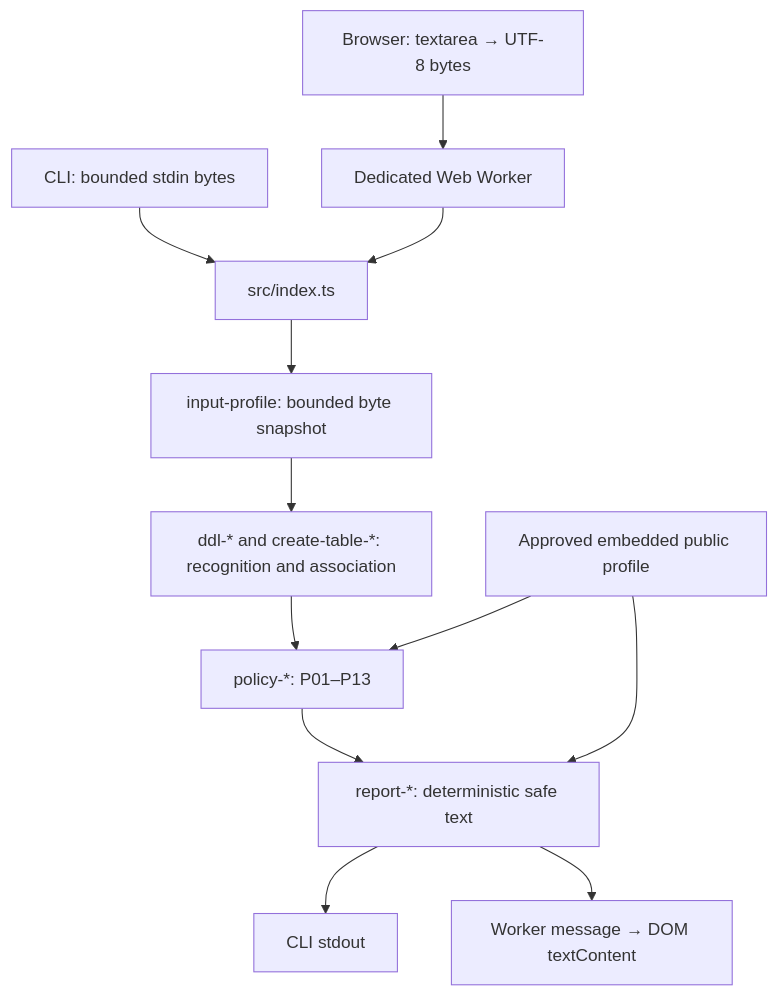
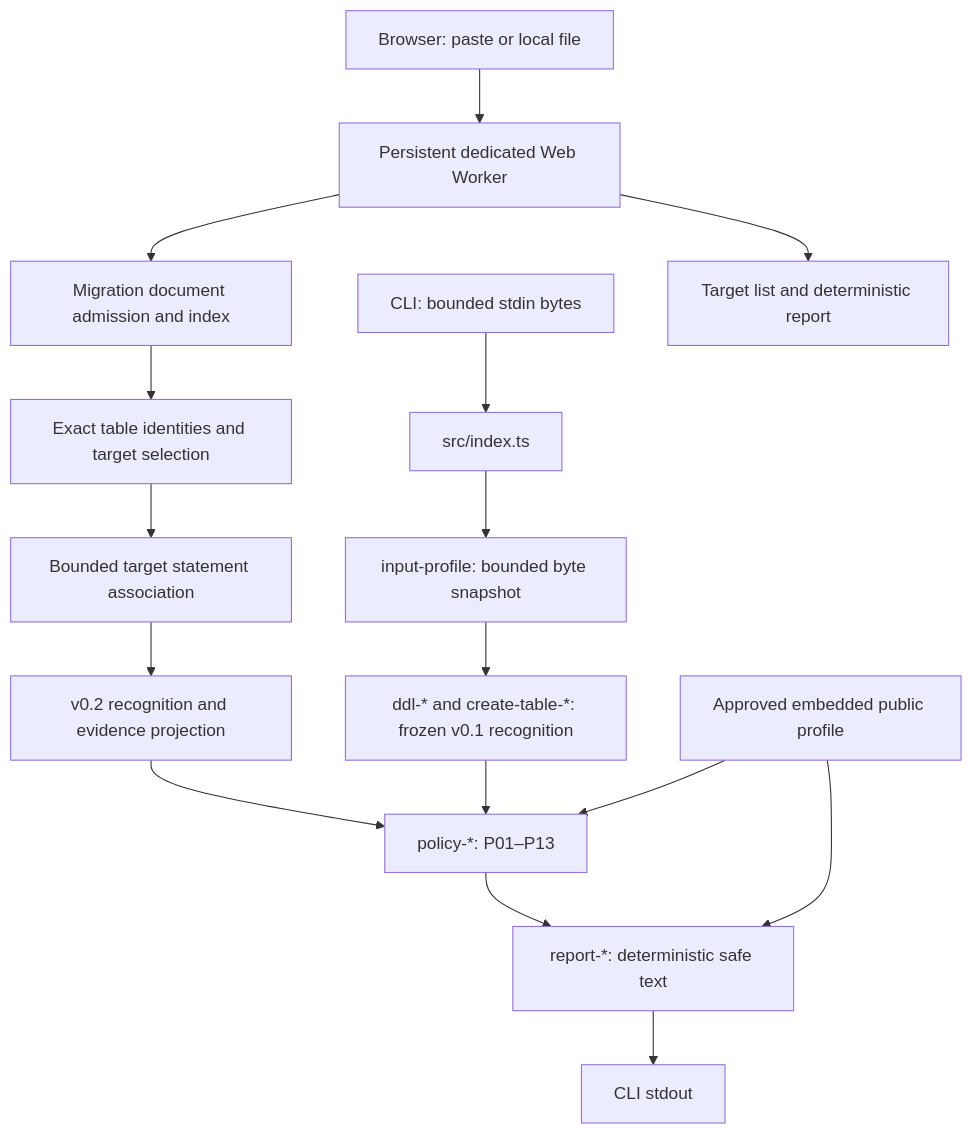
One commit to iammohamedatef/pg-import-check changed the diagram in docs/ARCHITECTURE.md. Above: the diagram before and after it, drawn with Mermaid. The commit also changed other lines of this file and 25 other files, not shown here.

Commit message:
Release pg-import-check 0.2.0: bounded migration analyzer

````diff
--- a/docs/ARCHITECTURE.md
+++ b/docs/ARCHITECTURE.md
@@ -7,14 +7,18 @@
 ```mermaid
 flowchart TD
   CLI[CLI: bounded stdin bytes] --> API[src/index.ts]
-  UI[Browser: textarea → UTF-8 bytes] --> Worker[Dedicated Web Worker]
-  Worker --> API
+  UI[Browser: paste or local file] --> Worker[Persistent dedicated Web Worker]
+  Worker --> Document[Migration document admission and index]
+  Document --> Targets[Exact table identities and target selection]
+  Targets --> Association[Bounded target statement association]
+  Association --> V02[v0.2 recognition and evidence projection]
+  V02 --> Policy
+  Worker --> BrowserOutput[Target list and deterministic report]
   API --> Input[input-profile: bounded byte snapshot]
-  Input --> Recognition[ddl-* and create-table-*: recognition and association]
+  Input --> Recognition[ddl-* and create-table-*: frozen v0.1 recognition]
   Recognition --> Policy[policy-*: P01–P13]
   Policy --> Report[report-*: deterministic safe text]
   Profile[Approved embedded public profile] --> Policy
   Profile --> Report
   Report --> CLIOutput[CLI stdout]
-  Report --> BrowserOutput[Worker message → DOM textContent]
 ```
````
